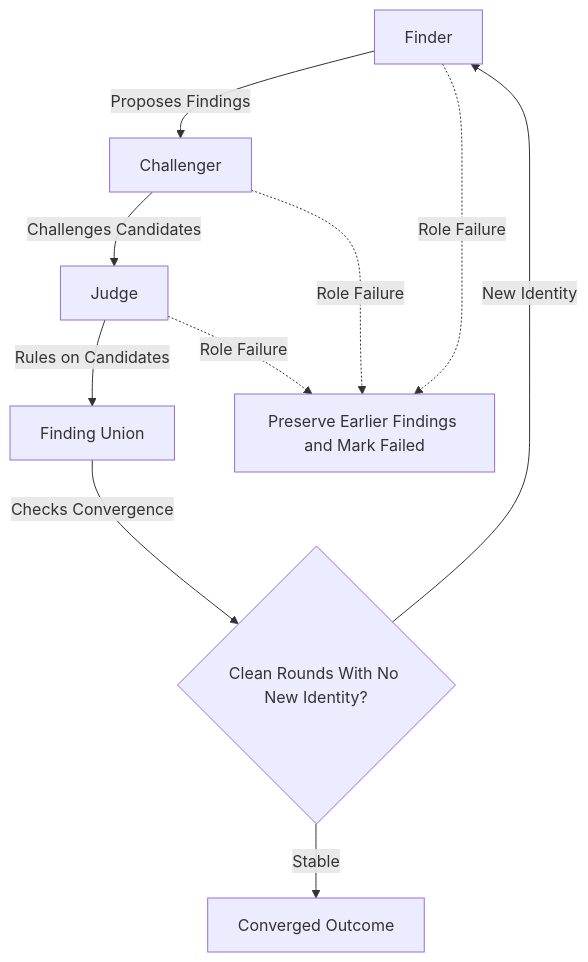
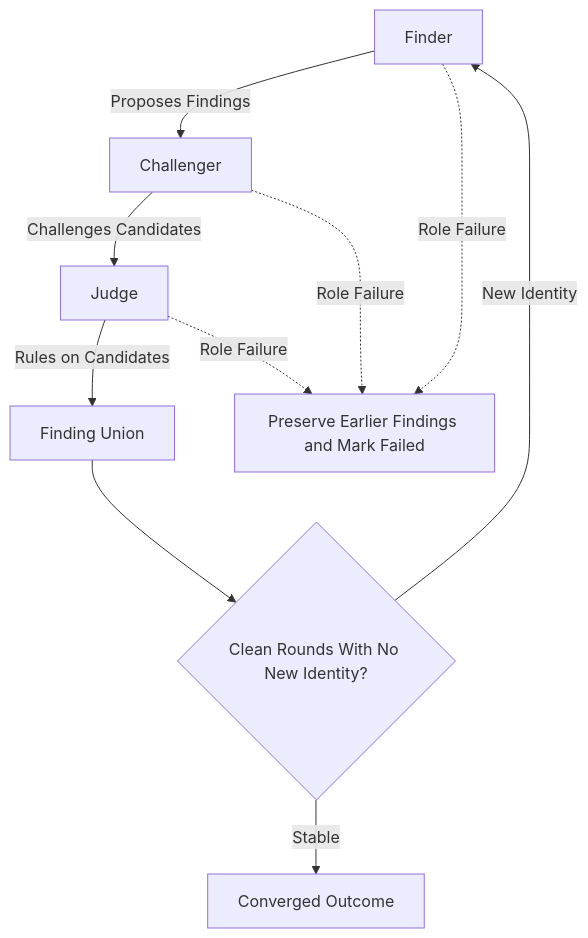
Before and after one commit to eth4nr00t/cyberjury: the third of 3 diagrams in docs/engine-design.md, drawn with Mermaid. The commit also changed other lines of this file and 1 other file, not shown here.

Commit message:
docs: clarify Mermaid flow labels

````diff
--- a/docs/engine-design.md
+++ b/docs/engine-design.md
@@ -294,12 +294,12 @@
 ```mermaid
 flowchart TD
     A[Finder] -- Proposes Findings --> B[Challenger]
     B -- Challenges Candidates --> C[Judge]
     C -- Rules on Candidates --> D[Finding Union]
-    D -- Checks Convergence --> E{Clean Rounds With No New Identity?}
+    D --> E{Clean Rounds With No New Identity?}
     E -- New Identity --> A
     E -- Stable --> F[Converged Outcome]
     A -. Role Failure .-> G[Preserve Earlier Findings and Mark Failed]
     B -. Role Failure .-> G
     C -. Role Failure .-> G
 ```
````
